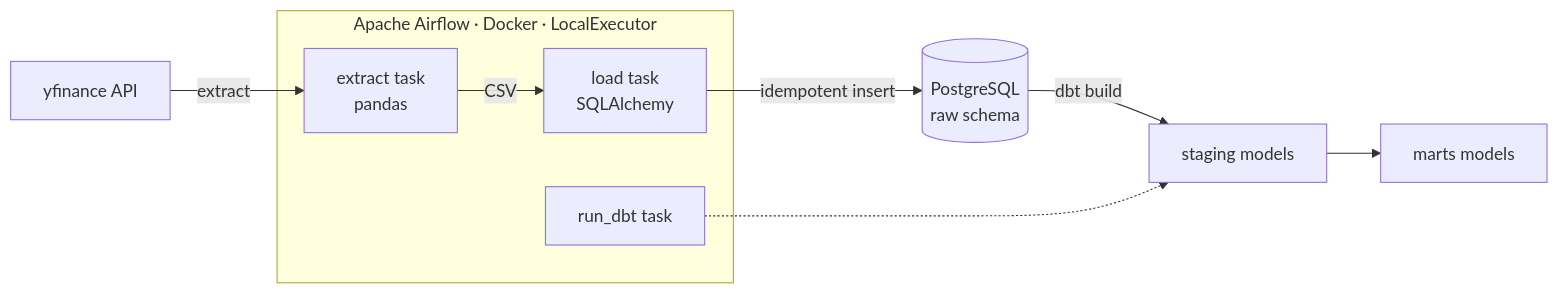
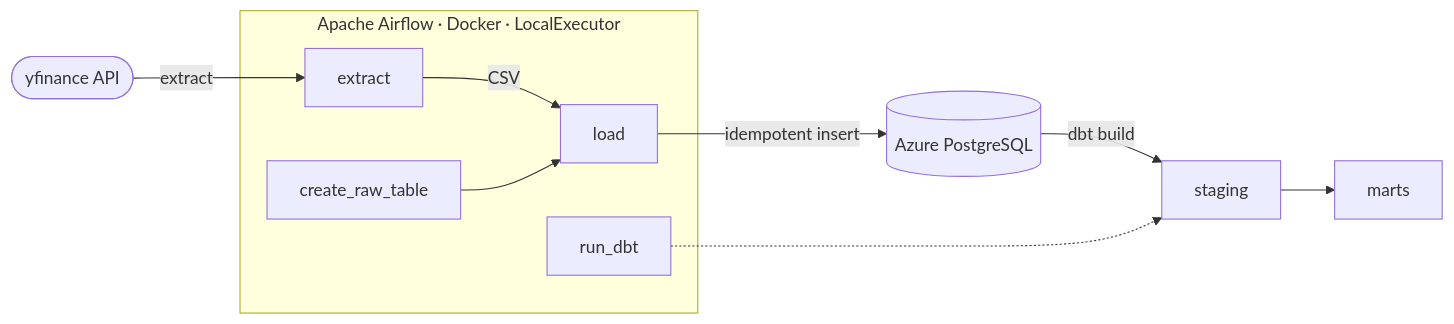
The diagram in README.md (pe5kataa/Stocks_Notifier), drawn with Mermaid before and after one commit. The commit also changed other lines of this file, not shown here.

````diff
--- a/README.md
+++ b/README.md
@@ -11,16 +26,18 @@
 ```mermaid
 flowchart LR
-    A[yfinance API] -->|extract| B[extract task<br/>pandas]
-    B -->|CSV| C[load task<br/>SQLAlchemy]
-    C -->|idempotent insert| D[(PostgreSQL<br/>raw schema)]
-    D -->|dbt build| E[staging models]
-    E --> F[marts models]
+    A([yfinance API]) -->|extract| B[extract]
+    B -->|CSV| C[load]
+    S[create_raw_table] --> C
+    C -->|idempotent insert| D[(Azure PostgreSQL)]
+    D -->|dbt build| E[staging]
+    E --> F[marts]
 
-    subgraph Airflow [Apache Airflow · Docker · LocalExecutor]
+    subgraph AF [Apache Airflow · Docker · LocalExecutor]
+        S
         B
         C
-        G[run_dbt task]
+        R[run_dbt]
     end
 
-    G -.-> E
+    R -.-> E
 ```
````
